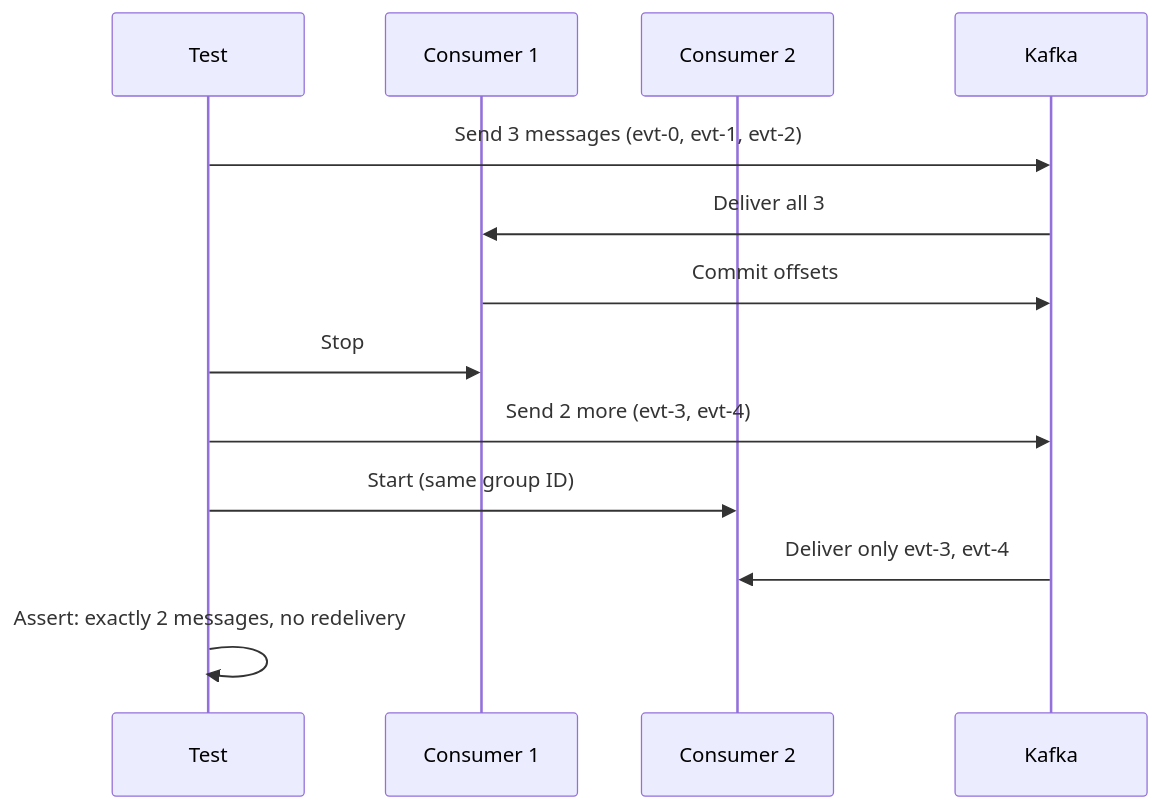
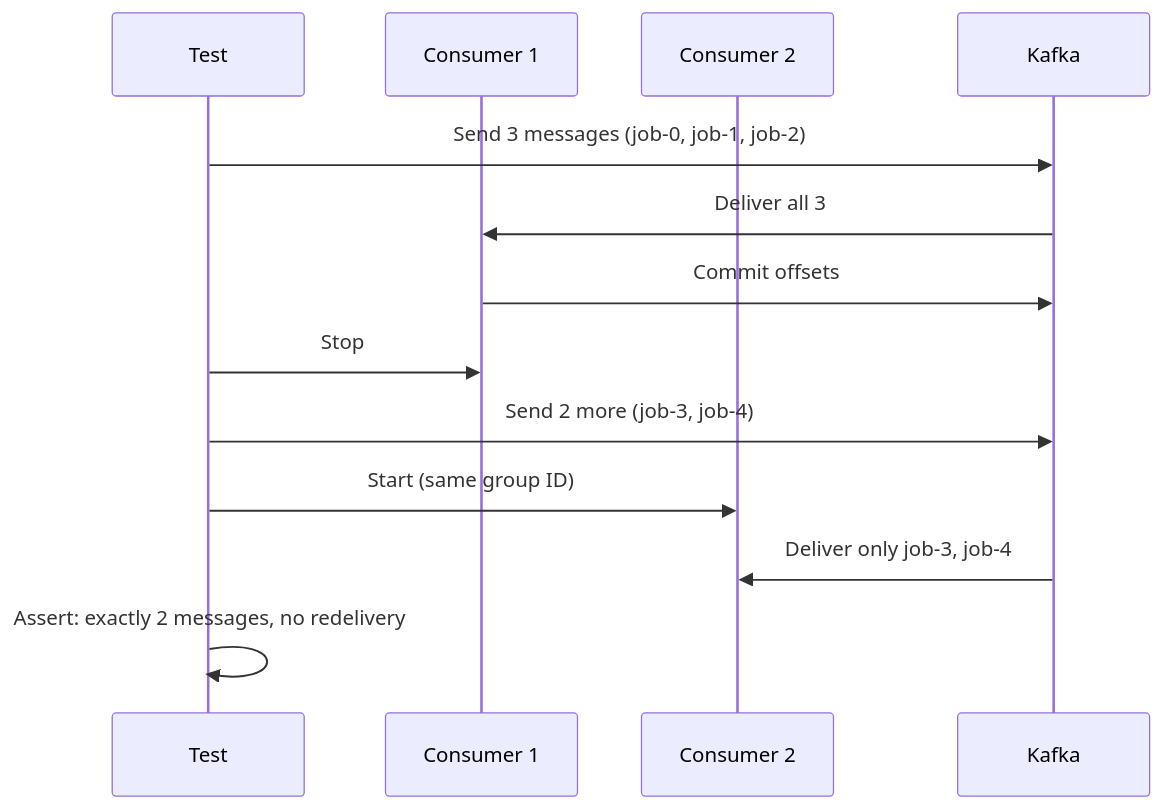
One commit to matmazurk/oidc-keepie changed the tenth of 11 diagrams in kafka/README.md. Above: the diagram before and after it, drawn with Mermaid. The commit also changed other lines of this file and 5 other files, not shown here.

Commit message:
add more data to job.Job structure, adjust usages

````diff
--- a/kafka/README.md
+++ b/kafka/README.md
@@ -254,17 +261,17 @@
 ```mermaid
 sequenceDiagram
     participant Test
     participant C1 as Consumer 1
     participant C2 as Consumer 2
     participant Kafka
 
-    Test->>Kafka: Send 3 messages (evt-0, evt-1, evt-2)
+    Test->>Kafka: Send 3 messages (job-0, job-1, job-2)
     Kafka->>C1: Deliver all 3
     C1->>Kafka: Commit offsets
     Test->>C1: Stop
 
-    Test->>Kafka: Send 2 more (evt-3, evt-4)
+    Test->>Kafka: Send 2 more (job-3, job-4)
     Test->>C2: Start (same group ID)
-    Kafka->>C2: Deliver only evt-3, evt-4
+    Kafka->>C2: Deliver only job-3, job-4
     Test->>Test: Assert: exactly 2 messages, no redelivery
 ```
````
